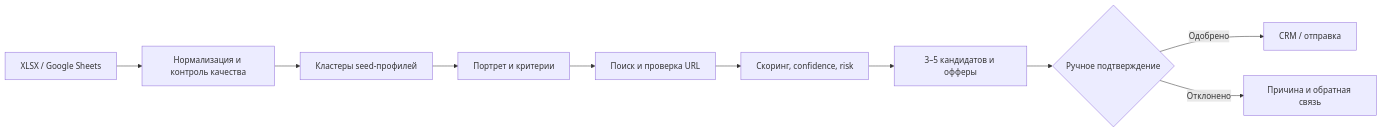
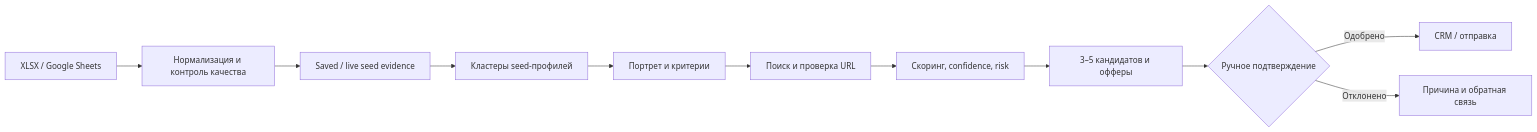
Before and after one commit to iurii-izman/ldlatte-ai-case-study: the diagram in README.md, drawn with Mermaid. The commit also changed other lines of this file and 21 other files, not shown here.

````diff
--- a/README.md
+++ b/README.md
@@ -52,12 +55,13 @@
 ```mermaid
 flowchart LR
     A["XLSX / Google Sheets"] --> B["Нормализация и контроль качества"]
-    B --> C["Кластеры seed-профилей"]
-    C --> D["Портрет и критерии"]
-    D --> E["Поиск и проверка URL"]
-    E --> F["Скоринг, confidence, risk"]
-    F --> G["3–5 кандидатов и офферы"]
-    G --> H{"Ручное подтверждение"}
-    H -->|Одобрено| I["CRM / отправка"]
-    H -->|Отклонено| J["Причина и обратная связь"]
+    B --> C["Saved / live seed evidence"]
+    C --> D["Кластеры seed-профилей"]
+    D --> E["Портрет и критерии"]
+    E --> F["Поиск и проверка URL"]
+    F --> G["Скоринг, confidence, risk"]
+    G --> H["3–5 кандидатов и офферы"]
+    H --> I{"Ручное подтверждение"}
+    I -->|Одобрено| J["CRM / отправка"]
+    I -->|Отклонено| K["Причина и обратная связь"]
 ```
````
